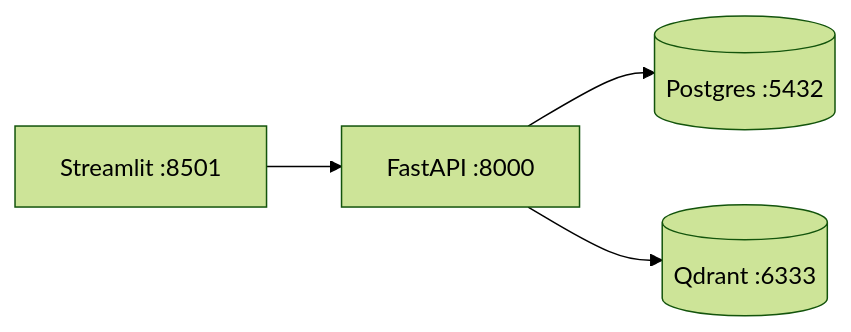
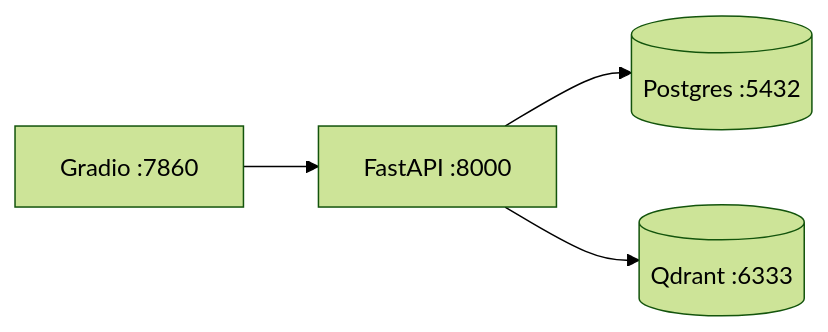
Before and after one commit to AmbarishAS/AI-KNOWLEDGE-BOT: the diagram in docs/DEPLOYMENT.md, drawn with Mermaid (forest theme). The commit also changed other lines of this file and 13 other files, not shown here.

````diff
--- a/docs/DEPLOYMENT.md
+++ b/docs/DEPLOYMENT.md
@@ -33,6 +33,6 @@
 ```mermaid
 flowchart LR
-    UI[Streamlit :8501] --> API[FastAPI :8000]
+    UI[Gradio :7860] --> API[FastAPI :8000]
     API --> PG[(Postgres :5432)]
     API --> QD[(Qdrant :6333)]
 ```
````
